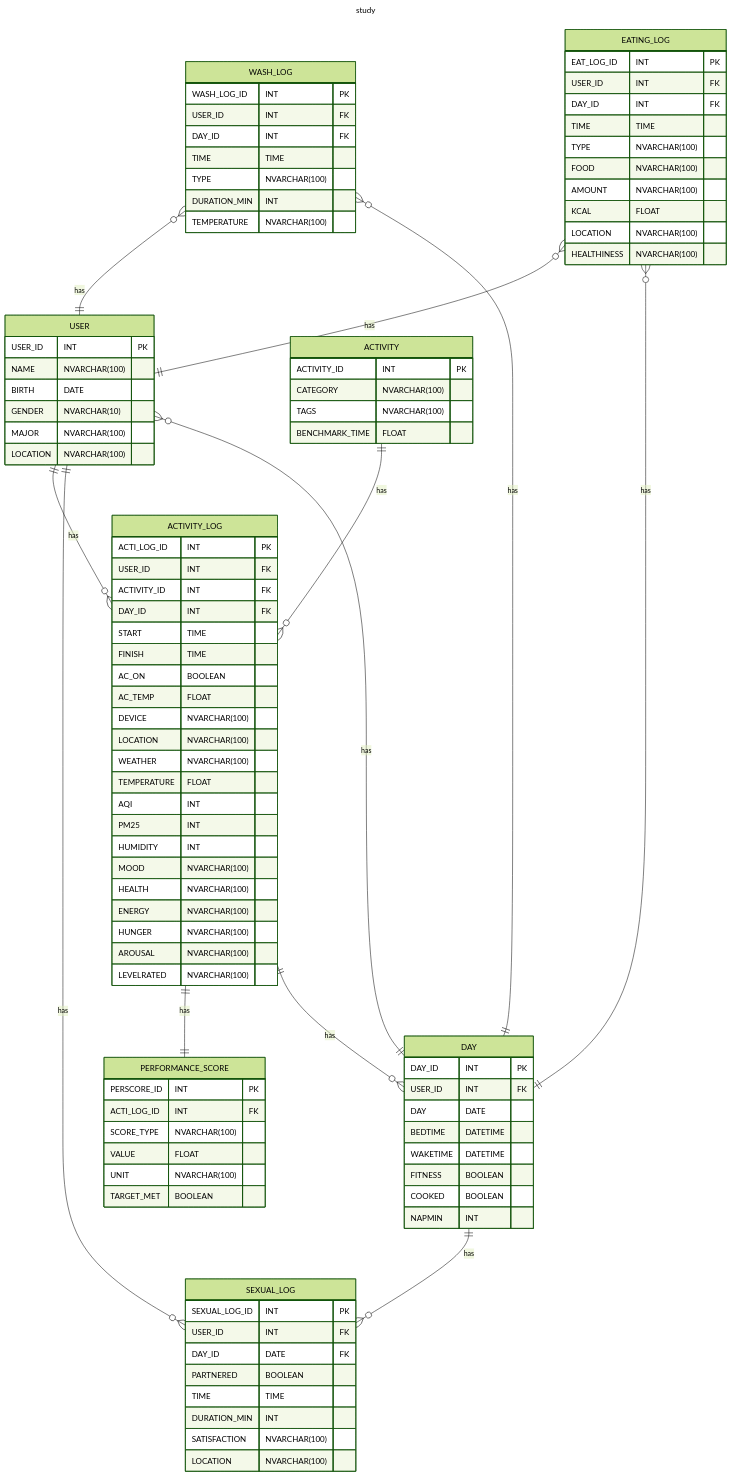
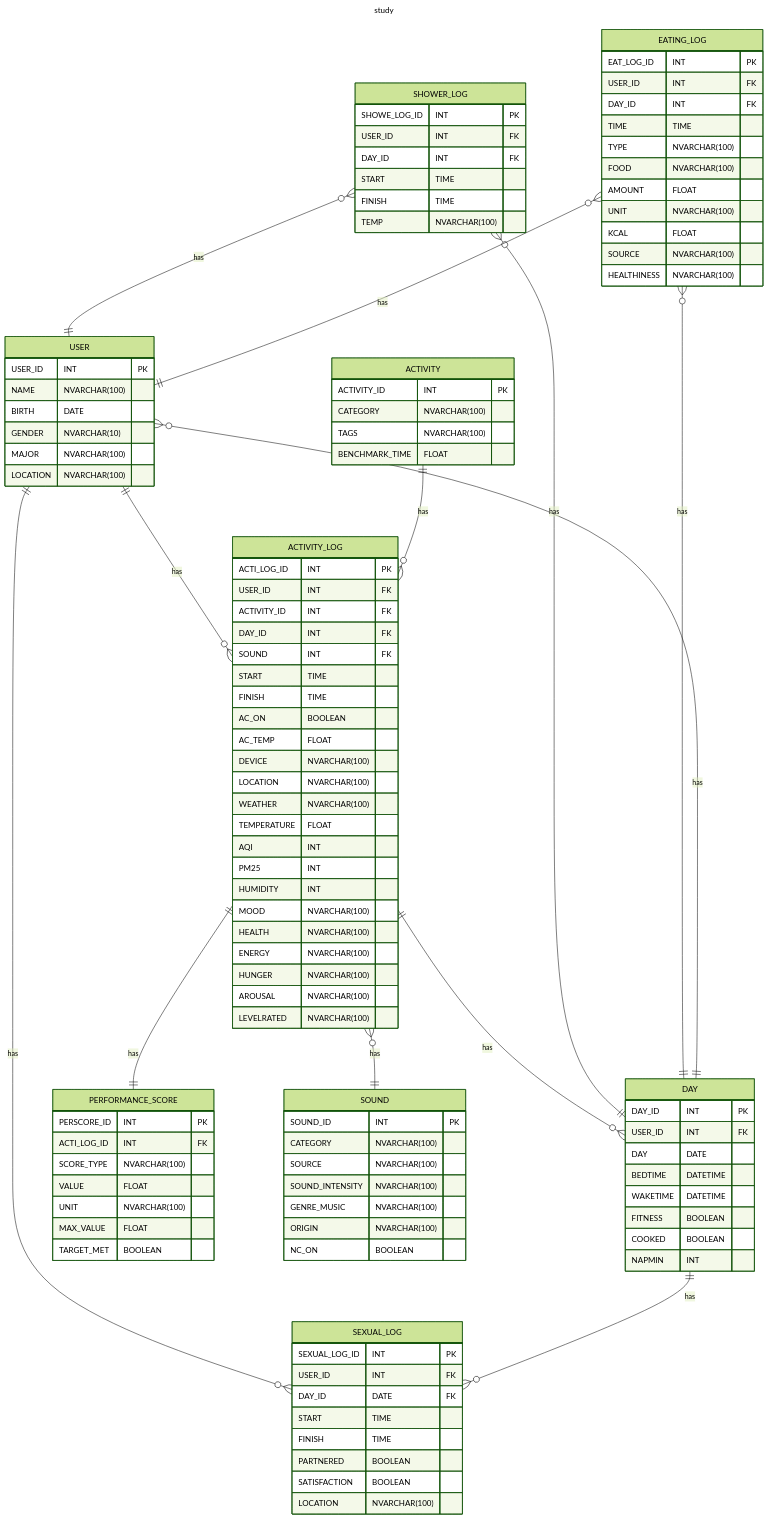
One commit to Bancie/LearningDB changed the diagram in brain.study/README.md. Above: the diagram before and after it, drawn with Mermaid (forest theme). The commit also changed other lines of this file and 1 other file, not shown here.

````diff
--- a/brain.study/README.md
+++ b/brain.study/README.md
@@ -37,6 +37,7 @@
         USER_ID INT FK
         ACTIVITY_ID INT FK
         DAY_ID INT FK
+        SOUND INT FK
         START TIME
         FINISH TIME
         AC_ON BOOLEAN
@@ -62,6 +63,7 @@
         SCORE_TYPE NVARCHAR(100)
         VALUE FLOAT
         UNIT NVARCHAR(100)
+        MAX_VALUE FLOAT
         TARGET_MET BOOLEAN
     }
 
@@ -69,21 +71,20 @@
         SEXUAL_LOG_ID INT PK
         USER_ID INT FK
         DAY_ID DATE FK
+        START TIME
+        FINISH TIME
         PARTNERED BOOLEAN
-        TIME TIME
-        DURATION_MIN INT
-        SATISFACTION NVARCHAR(100)
+        SATISFACTION BOOLEAN
         LOCATION NVARCHAR(100)
     }
 
-    WASH_LOG {
-        WASH_LOG_ID INT PK
+    SHOWER_LOG {
+        SHOWE_LOG_ID INT PK
         USER_ID INT FK
         DAY_ID INT FK
-        TIME TIME
-        TYPE NVARCHAR(100)
-        DURATION_MIN INT
-        TEMPERATURE NVARCHAR(100)
+        START TIME
+        FINISH TIME
+        TEMP NVARCHAR(100)
     }
 
     EATING_LOG {
@@ -93,10 +94,21 @@
         TIME TIME
         TYPE NVARCHAR(100)
         FOOD NVARCHAR(100)
-        AMOUNT NVARCHAR(100)
+        AMOUNT FLOAT
+        UNIT NVARCHAR(100)
         KCAL FLOAT
-        LOCATION NVARCHAR(100)
+        SOURCE NVARCHAR(100)
         HEALTHINESS NVARCHAR(100)
+    }
+
+    SOUND {
+        SOUND_ID INT PK
+        CATEGORY NVARCHAR(100)
+        SOURCE NVARCHAR(100)
+        SOUND_INTENSITY NVARCHAR(100)
+        GENRE_MUSIC NVARCHAR(100)
+        ORIGIN NVARCHAR(100)
+        NC_ON BOOLEAN
     }
 
     USER ||--o{ ACTIVITY_LOG : has
@@ -106,8 +118,9 @@
     DAY ||--o{ USER : has
     USER ||--o{ SEXUAL_LOG : has
     DAY ||--o{ SEXUAL_LOG : has
-    WASH_LOG o{--|| USER : has
-    WASH_LOG o{--|| DAY : has
+    SHOWER_LOG o{--|| USER : has
+    SHOWER_LOG o{--|| DAY : has
     EATING_LOG o{--|| USER : has
     EATING_LOG o{--|| DAY : has
+    ACTIVITY_LOG o{--|| SOUND : has
 ```
````
